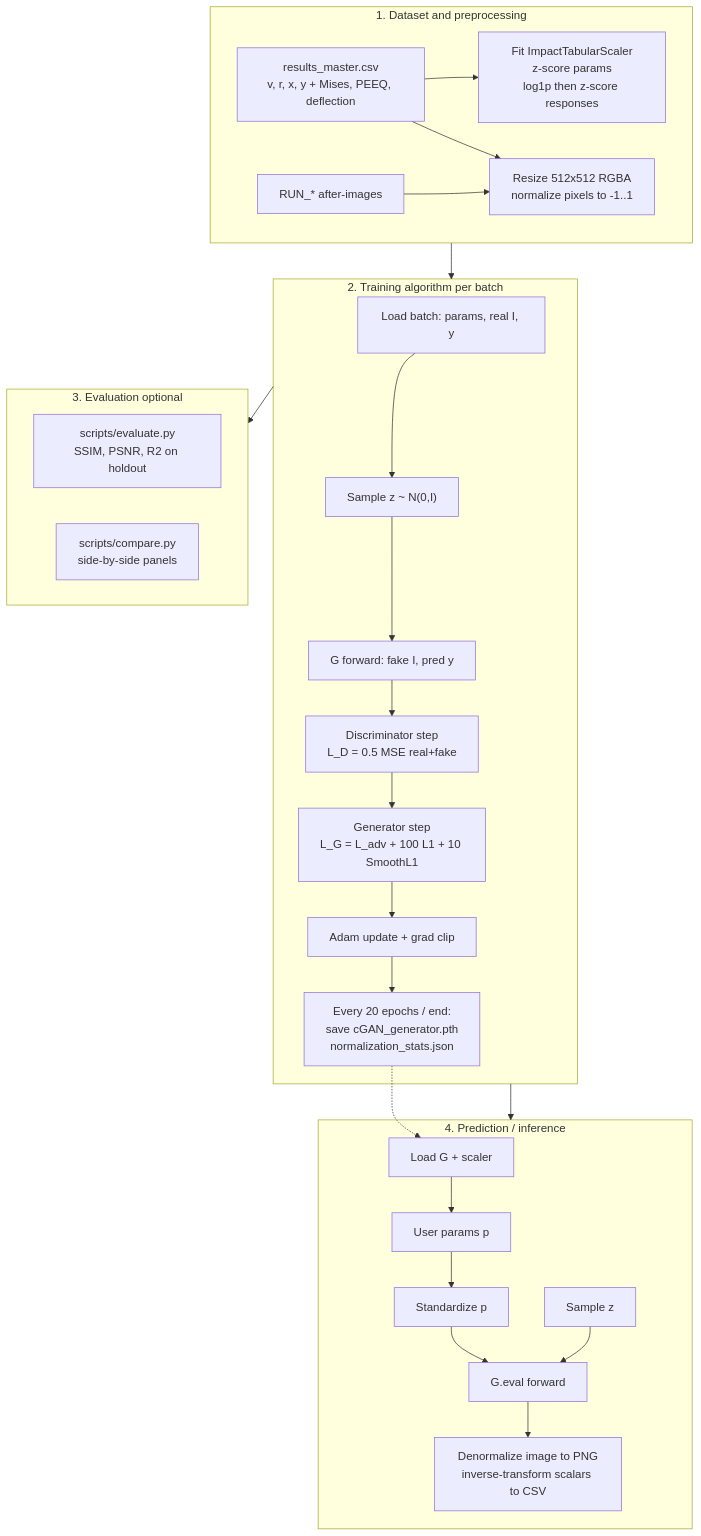
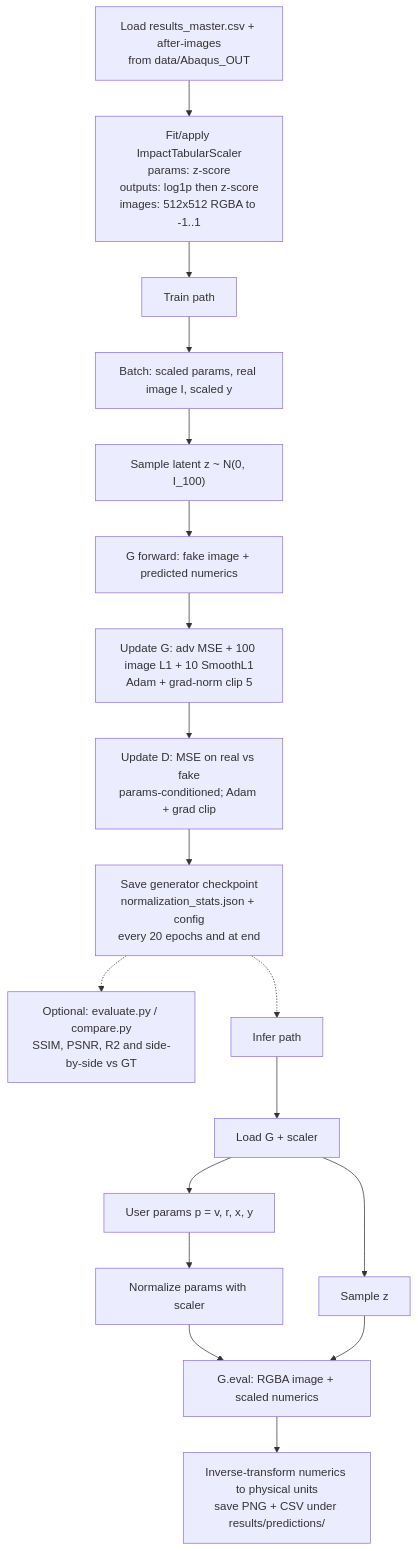
The diagram in README.md (mlbkumar9/Param2Image), drawn with Mermaid before and after one commit. The commit also changed other lines of this file, not shown here.

Commit message:
Update README workflow diagram

````diff
--- a/README.md
+++ b/README.md
@@ -49,46 +49,40 @@
 ```mermaid
 flowchart TB
-  subgraph S1 [1. Dataset and preprocessing]
-    CSV["results_master.csv<br/>v, r, x, y + Mises, PEEQ, deflection"]
-    IMGS["RUN_* after-images"]
-    FIT["Fit ImpactTabularScaler<br/>z-score params<br/>log1p then z-score responses"]
-    NORM["Resize 512x512 RGBA<br/>normalize pixels to -1..1"]
-    CSV --> FIT
-    IMGS --> NORM
-    CSV --> NORM
-  end
+  dataLoad["Load results_master.csv + after-images<br/>from data/Abaqus_OUT"]
+  prep["Fit/apply ImpactTabularScaler<br/>params: z-score<br/>outputs: log1p then z-score<br/>images: 512x512 RGBA to -1..1"]
+  dataLoad --> prep
 
-  subgraph S2 [2. Training algorithm per batch]
-    BAT["Load batch: params, real I, y"]
-    Z["Sample z ~ N(0,I)"]
-    GFWD["G forward: fake I, pred y"]
-    DSTEP["Discriminator step<br/>L_D = 0.5 MSE real+fake"]
-    GSTEP["Generator step<br/>L_G = L_adv + 100 L1 + 10 SmoothL1"]
-    CLIP["Adam update + grad clip"]
-    CKPT["Every 20 epochs / end:<br/>save cGAN_generator.pth<br/>normalization_stats.json"]
-    BAT --> Z --> GFWD
-    GFWD --> DSTEP --> GSTEP --> CLIP
-    CLIP --> CKPT
-  end
+  trainPath["Train path"]
+  prep --> trainPath
+  batchIn["Batch: scaled params, real image I, scaled y"]
+  trainPath --> batchIn
+  sampleZ["Sample latent z ~ N(0, I_100)"]
+  batchIn --> sampleZ
+  gFwd["G forward: fake image + predicted numerics"]
+  sampleZ --> gFwd
+  gStep["Update G: adv MSE + 100 image L1 + 10 SmoothL1<br/>Adam + grad-norm clip 5"]
+  gFwd --> gStep
+  dStep["Update D: MSE on real vs fake<br/>params-conditioned; Adam + grad clip"]
+  gStep --> dStep
+  saveArt["Save generator checkpoint<br/>normalization_stats.json + config<br/>every 20 epochs and at end"]
+  dStep --> saveArt
 
-  subgraph S3 [3. Evaluation optional]
-    EVAL["scripts/evaluate.py<br/>SSIM, PSNR, R2 on holdout"]
-    CMP["scripts/compare.py<br/>side-by-side panels"]
-  end
+  evalOpt["Optional: evaluate.py / compare.py<br/>SSIM, PSNR, R2 and side-by-side vs GT"]
+  saveArt -.-> evalOpt
 
-  subgraph S4 [4. Prediction / inference]
-    LOAD["Load G + scaler"]
-    PIN["User params p"]
-    TSC["Standardize p"]
-    ZI["Sample z"]
-    GEN["G.eval forward"]
-    SAVE["Denormalize image to PNG<br/>inverse-transform scalars to CSV"]
-    LOAD --> PIN --> TSC --> GEN
-    ZI --> GEN --> SAVE
-  end
-
-  S1 --> S2
-  S2 --> S3
-  S2 --> S4
-  CKPT -.-> LOAD
+  inferPath["Infer path"]
+  saveArt -.-> inferPath
+  loadG["Load G + scaler"]
+  inferPath --> loadG
+  userP["User params p = v, r, x, y"]
+  loadG --> userP
+  normP["Normalize params with scaler"]
+  userP --> normP
+  zInf["Sample z"]
+  loadG --> zInf
+  genOut["G.eval: RGBA image + scaled numerics"]
+  normP --> genOut
+  zInf --> genOut
+  savePred["Inverse-transform numerics to physical units<br/>save PNG + CSV under results/predictions/"]
+  genOut --> savePred
 ```
````
